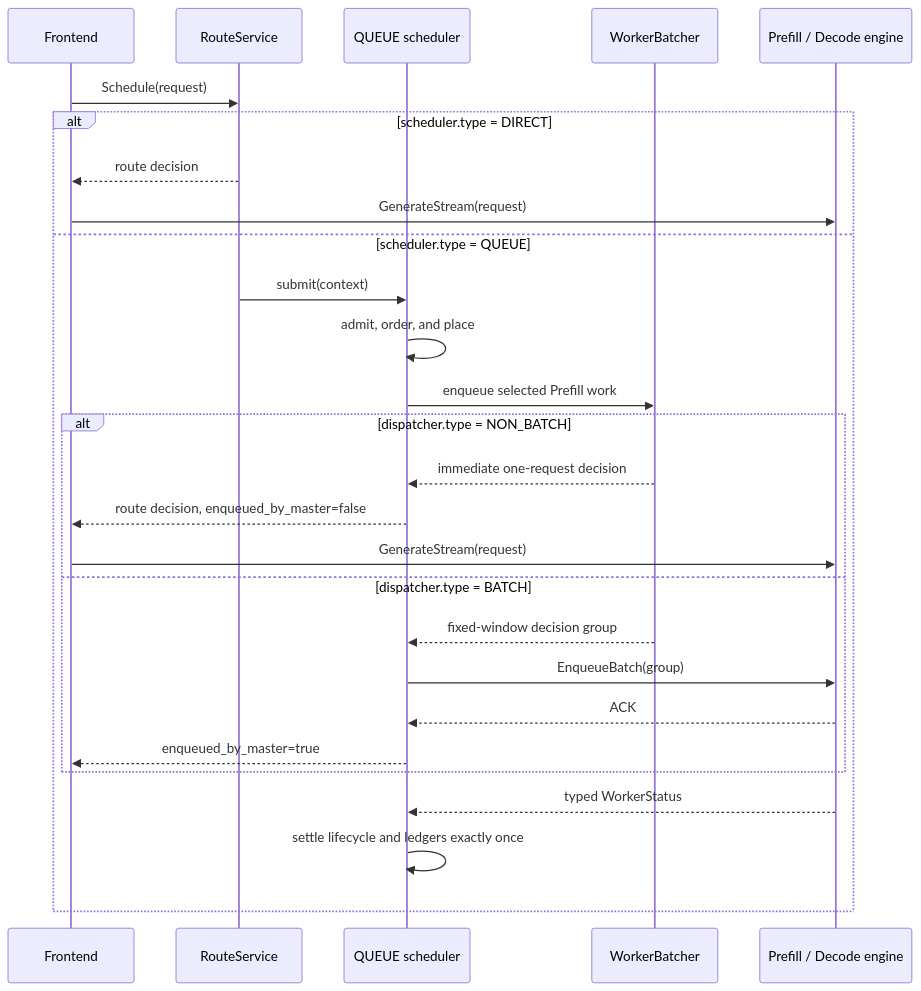
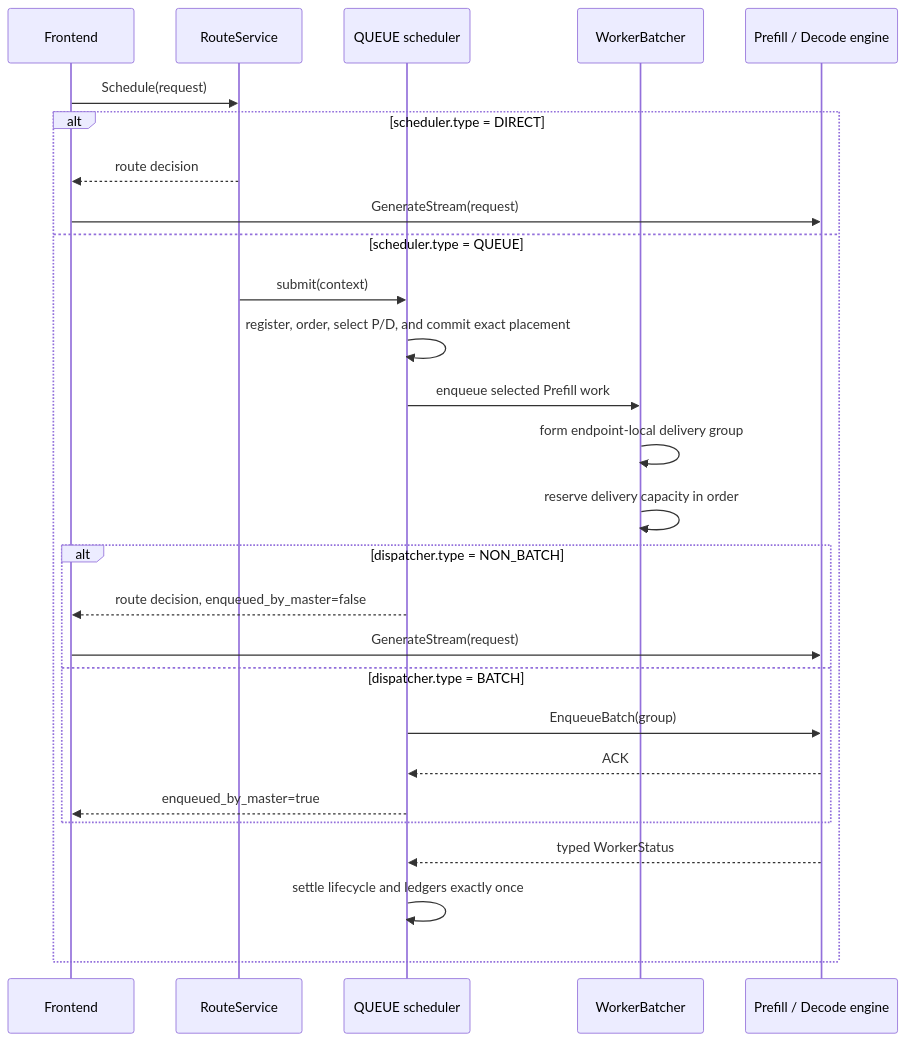
One commit to alibaba/rtp-llm changed the second of 2 diagrams in rtp_llm/flexlb/docs/priority-scheduler-delivery-modes.md. Above: the diagram before and after it, drawn with Mermaid. The commit also changed other lines of this file and 448 other files, not shown here.

````diff
--- a/rtp_llm/flexlb/docs/priority-scheduler-delivery-modes.md
+++ b/rtp_llm/flexlb/docs/priority-scheduler-delivery-modes.md
@@ -64,30 +74,30 @@
 ```mermaid
 sequenceDiagram
     participant F as Frontend
     participant R as RouteService
     participant S as QUEUE scheduler
     participant W as WorkerBatcher
     participant E as Prefill / Decode engine
 
     F->>R: Schedule(request)
     alt scheduler.type = DIRECT
         R-->>F: route decision
         F->>E: GenerateStream(request)
     else scheduler.type = QUEUE
         R->>S: submit(context)
-        S->>S: admit, order, and place
+        S->>S: register, order, select P/D, and commit exact placement
         S->>W: enqueue selected Prefill work
+        W->>W: form endpoint-local delivery group
+        W->>W: reserve delivery capacity in order
         alt dispatcher.type = NON_BATCH
-            W-->>S: immediate one-request decision
             S-->>F: route decision, enqueued_by_master=false
             F->>E: GenerateStream(request)
         else dispatcher.type = BATCH
-            W-->>S: fixed-window decision group
             S->>E: EnqueueBatch(group)
             E-->>S: ACK
             S-->>F: enqueued_by_master=true
         end
         E-->>S: typed WorkerStatus
         S->>S: settle lifecycle and ledgers exactly once
     end
 ```
````
